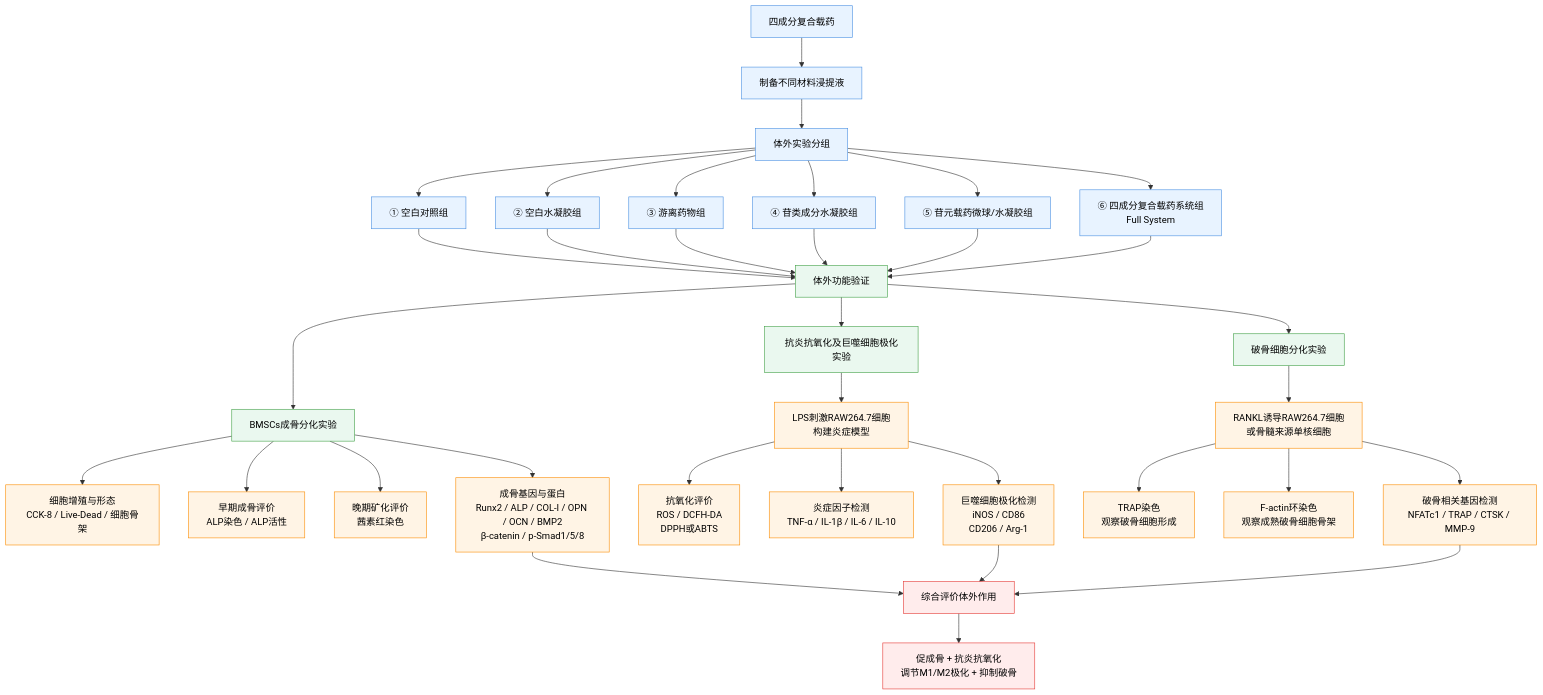
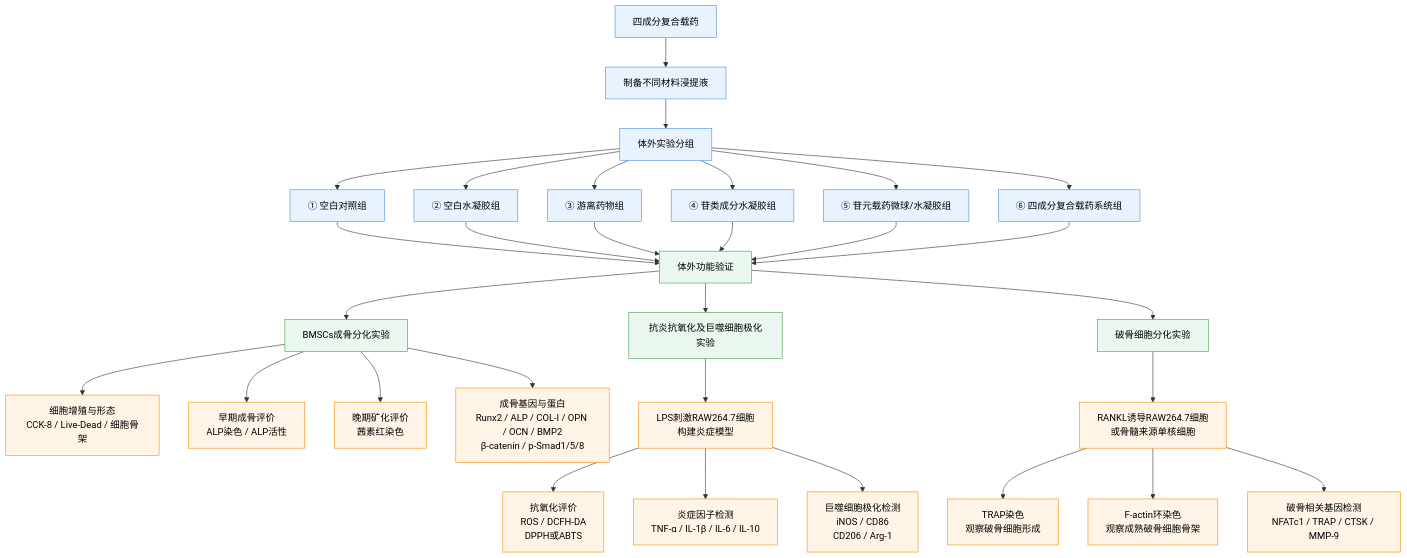
The diagram in all/未命名-2.md (Yaotian99/iodraw-files), drawn with Mermaid before and after one commit.

Commit message:
2026-06-24 10:21:21 update

````diff
--- a/all/未命名-2.md
+++ b/all/未命名-2.md
@@ -1,54 +1,51 @@
 ```mermaid
 graph TD
 
 A[四成分复合载药] --> B[制备不同材料浸提液]
 
 B --> C[体外实验分组]
 
 C --> C1[① 空白对照组]
 C --> C2[② 空白水凝胶组]
 C --> C3[③ 游离药物组]
 C --> C4[④ 苷类成分水凝胶组]
 C --> C5[⑤ 苷元载药微球/水凝胶组]
-C --> C6[⑥ 四成分复合载药系统组<br/>Full System]
+C --> C6[⑥ 四成分复合载药系统组]
 
 C1 --> D[体外功能验证]
 C2 --> D
 C3 --> D
 C4 --> D
 C5 --> D
 C6 --> D
 
 D --> E1[BMSCs成骨分化实验]
 E1 --> E11[细胞增殖与形态<br/>CCK-8 / Live-Dead / 细胞骨架]
 E1 --> E12[早期成骨评价<br/>ALP染色 / ALP活性]
 E1 --> E13[晚期矿化评价<br/>茜素红染色]
 E1 --> E14[成骨基因与蛋白<br/>Runx2 / ALP / COL-I / OPN / OCN / BMP2<br/>β-catenin / p-Smad1/5/8]
 
 D --> F1[抗炎抗氧化及巨噬细胞极化实验]
 F1 --> F11[LPS刺激RAW264.7细胞<br/>构建炎症模型]
 F11 --> F12[抗氧化评价<br/>ROS / DCFH-DA<br/>DPPH或ABTS]
 F11 --> F13[炎症因子检测<br/>TNF-α / IL-1β / IL-6 / IL-10]
 F11 --> F14[巨噬细胞极化检测<br/>iNOS / CD86<br/>CD206 / Arg-1]
 
 D --> G1[破骨细胞分化实验]
 G1 --> G11[RANKL诱导RAW264.7细胞<br/>或骨髓来源单核细胞]
 G11 --> G12[TRAP染色<br/>观察破骨细胞形成]
 G11 --> G13[F-actin环染色<br/>观察成熟破骨细胞骨架]
 G11 --> G14[破骨相关基因检测<br/>NFATc1 / TRAP / CTSK / MMP-9]
 
-E14 --> H[综合评价体外作用]
-F14 --> H
-G14 --> H
-H --> I[促成骨 + 抗炎抗氧化<br/>调节M1/M2极化 + 抑制破骨]
+
 
 classDef group fill:#E8F3FF,stroke:#4A90E2,stroke-width:1px,color:#000;
 classDef vitro fill:#EAF8EF,stroke:#43A047,stroke-width:1px,color:#000;
 classDef assay fill:#FFF4E5,stroke:#FB8C00,stroke-width:1px,color:#000;
 classDef result fill:#FFECEC,stroke:#E53935,stroke-width:1px,color:#000;
 
 class A,B,C,C1,C2,C3,C4,C5,C6 group;
 class D,E1,F1,G1 vitro;
 class E11,E12,E13,E14,F11,F12,F13,F14,G11,G12,G13,G14 assay;
 class H,I result;
 ```
````
